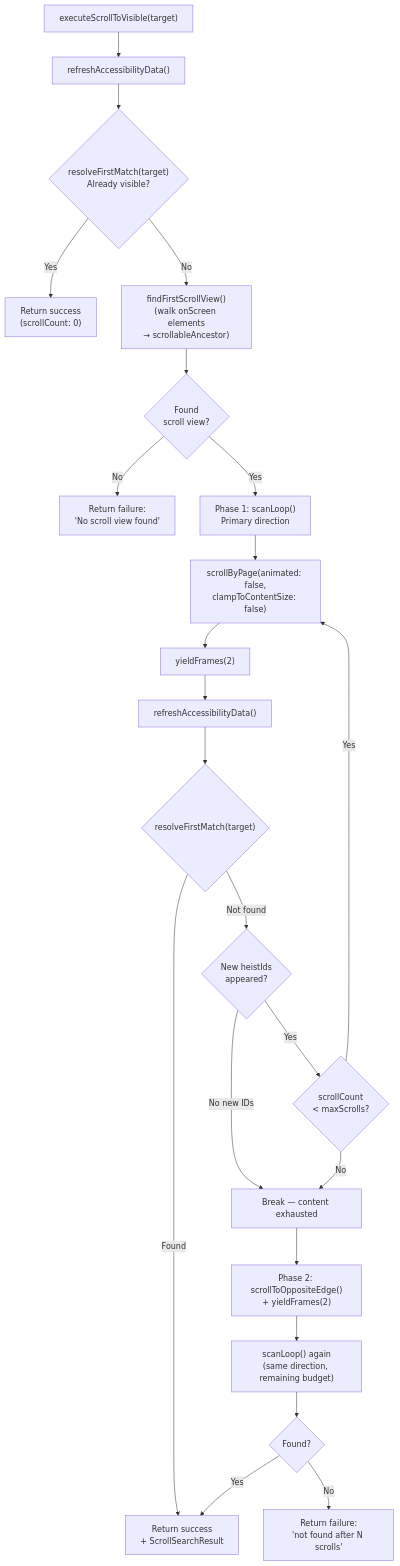
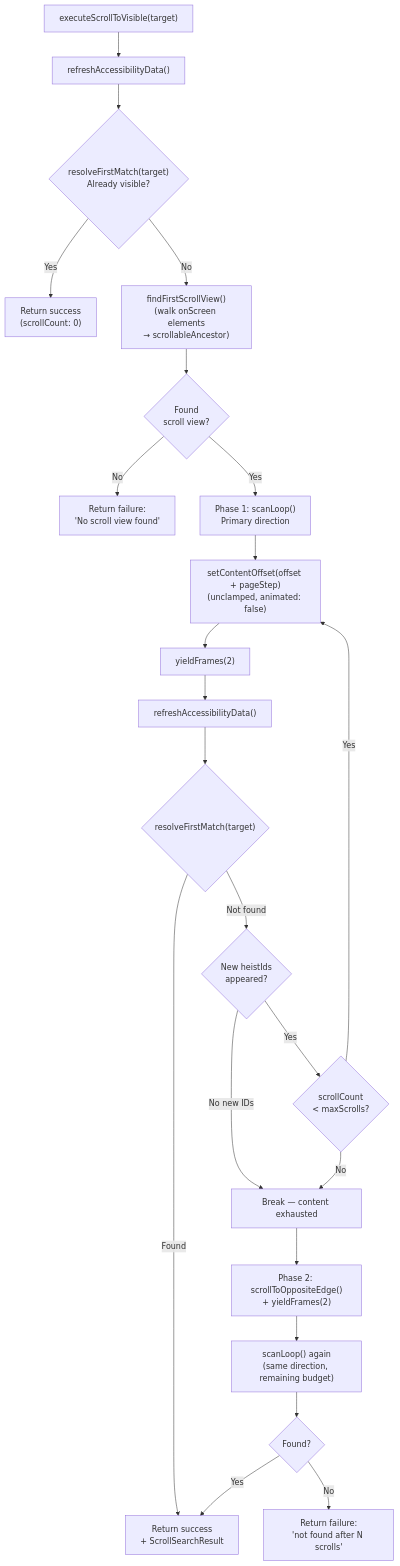
One commit to RoyalPineapple/TheButtonHeist changed the second of 2 diagrams in docs/dossiers/04a-SCROLLING.md. Above: the diagram before and after it, drawn with Mermaid. The commit also changed other lines of this file and 3 other files, not shown here.

First line of the commit message:
Remove clampToContentSize: scan loop scrolls directly with animated bounce

````diff
--- a/docs/dossiers/04a-SCROLLING.md
+++ b/docs/dossiers/04a-SCROLLING.md
@@ -134,27 +134,27 @@
 ```mermaid
 flowchart TD
     S["executeScrollToVisible(target)"] --> REF["refreshAccessibilityData()"]
     REF --> CHK{"resolveFirstMatch(target)<br/>Already visible?"}
     CHK -->|Yes| DONE["Return success<br/>(scrollCount: 0)"]
     CHK -->|No| FSV["findFirstScrollView()<br/>(walk onScreen elements<br/>→ scrollableAncestor)"]
     FSV --> SVOK{Found<br/>scroll view?}
     SVOK -->|No| FAIL0["Return failure:<br/>'No scroll view found'"]
     SVOK -->|Yes| PH1["Phase 1: scanLoop()<br/>Primary direction"]
 
-    PH1 --> SLOOP["scrollByPage(animated: false,<br/>clampToContentSize: false)"]
+    PH1 --> SLOOP["setContentOffset(offset + pageStep)<br/>(unclamped, animated: false)"]
     SLOOP --> SETTLE["yieldFrames(2)"]
     SETTLE --> REFR["refreshAccessibilityData()"]
     REFR --> FM{"resolveFirstMatch(target)"}
     FM -->|Found| END["Return success<br/>+ ScrollSearchResult"]
     FM -->|Not found| NEW{New heistIds<br/>appeared?}
     NEW -->|No new IDs| STALL["Break — content exhausted"]
     NEW -->|Yes| BUDGET{scrollCount<br/>< maxScrolls?}
     BUDGET -->|Yes| SLOOP
     BUDGET -->|No| STALL
 
     STALL --> PH2["Phase 2: scrollToOppositeEdge()<br/>+ yieldFrames(2)"]
     PH2 --> SCAN2["scanLoop() again<br/>(same direction, remaining budget)"]
     SCAN2 --> RESULT{Found?}
     RESULT -->|Yes| END
     RESULT -->|No| FAILN["Return failure:<br/>'not found after N scrolls'"]
 ```
````
